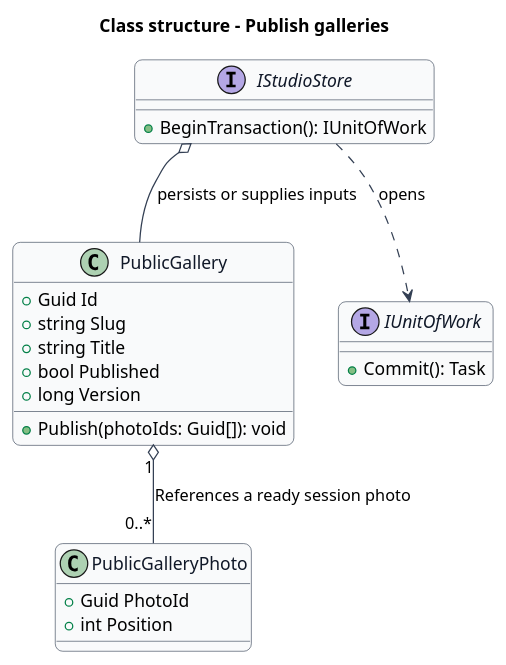
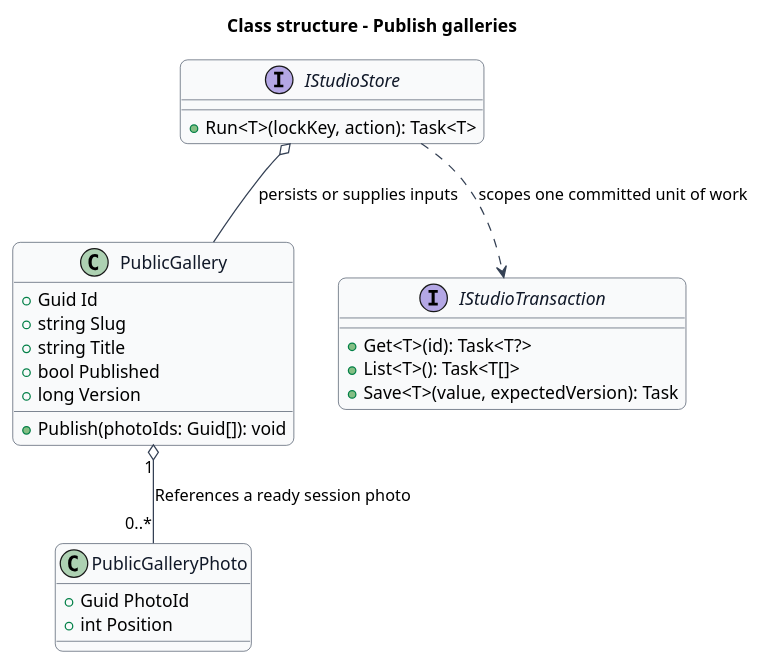
The diagram in docs/detailed-designs/public-presentation/publish-galleries/diagrams/class-structure.puml (QuinntyneBrown/quinntyne-brown-studio), drawn with PlantUML before and after one commit. The commit also changed 236 other files, not shown here.

```diff
--- a/docs/detailed-designs/public-presentation/publish-galleries/diagrams/class-structure.puml
+++ b/docs/detailed-designs/public-presentation/publish-galleries/diagrams/class-structure.puml
@@ -1,43 +1,45 @@
 @startuml
 skinparam backgroundColor #FFFFFF
 skinparam shadowing false
 skinparam roundcorner 12
 skinparam defaultFontName Arial
 skinparam ArrowColor #344054
 skinparam rectangle {
   BorderColor #344054
   FontColor #101828
 }
 skinparam package {
   BorderColor #667085
   FontColor #101828
   BackgroundColor #F9FAFB
 }
 title Class structure - Publish galleries
 skinparam class {
  BorderColor #344054
  FontColor #101828
  BackgroundColor #F9FAFB
 }
 class PublicGallery {
  +Guid Id
  +string Slug
  +string Title
  +bool Published
  +long Version
  +Publish(photoIds: Guid[]): void
 }
 class PublicGalleryPhoto {
  +Guid PhotoId
  +int Position
 }
 PublicGallery "1" o-- "0..*" PublicGalleryPhoto : References a ready session photo
 interface IStudioStore {
- +BeginTransaction(): IUnitOfWork
+ +Run<T>(lockKey, action): Task<T>
 }
-interface IUnitOfWork {
- +Commit(): Task
+interface IStudioTransaction {
+ +Get<T>(id): Task<T?>
+ +List<T>(): Task<T[]>
+ +Save<T>(value, expectedVersion): Task
 }
-IStudioStore ..> IUnitOfWork : opens
+IStudioStore ..> IStudioTransaction : scopes one committed unit of work
 IStudioStore o-- PublicGallery : persists or supplies inputs
 @enduml
```
